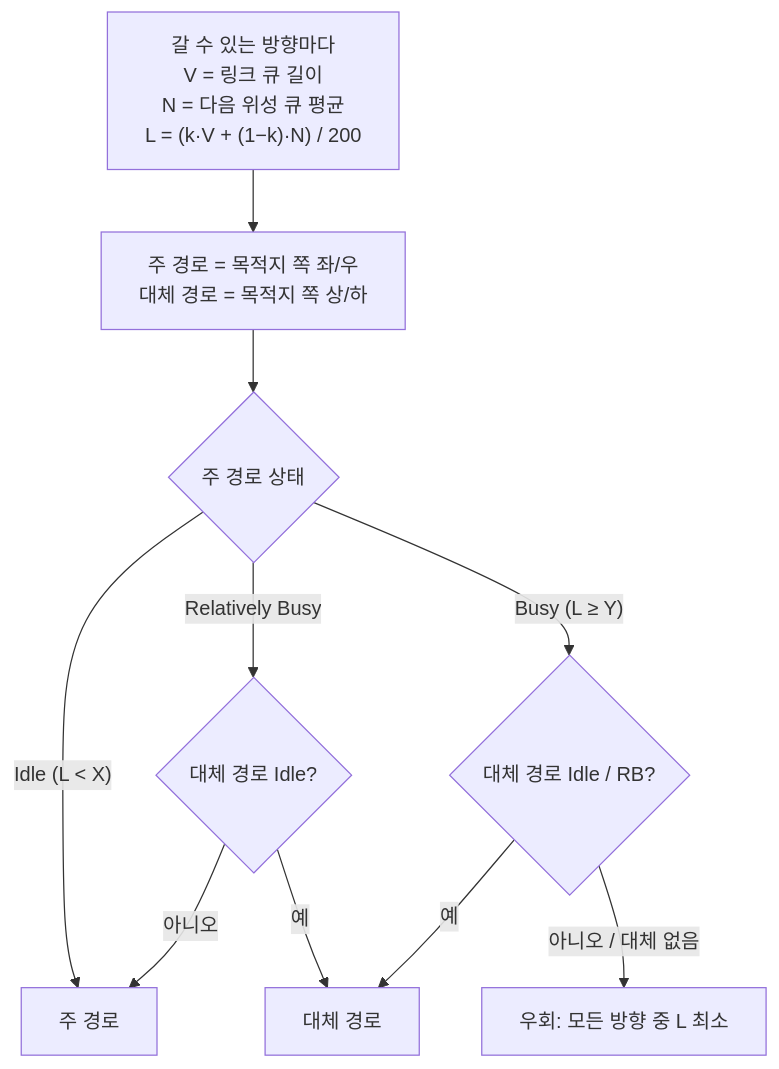
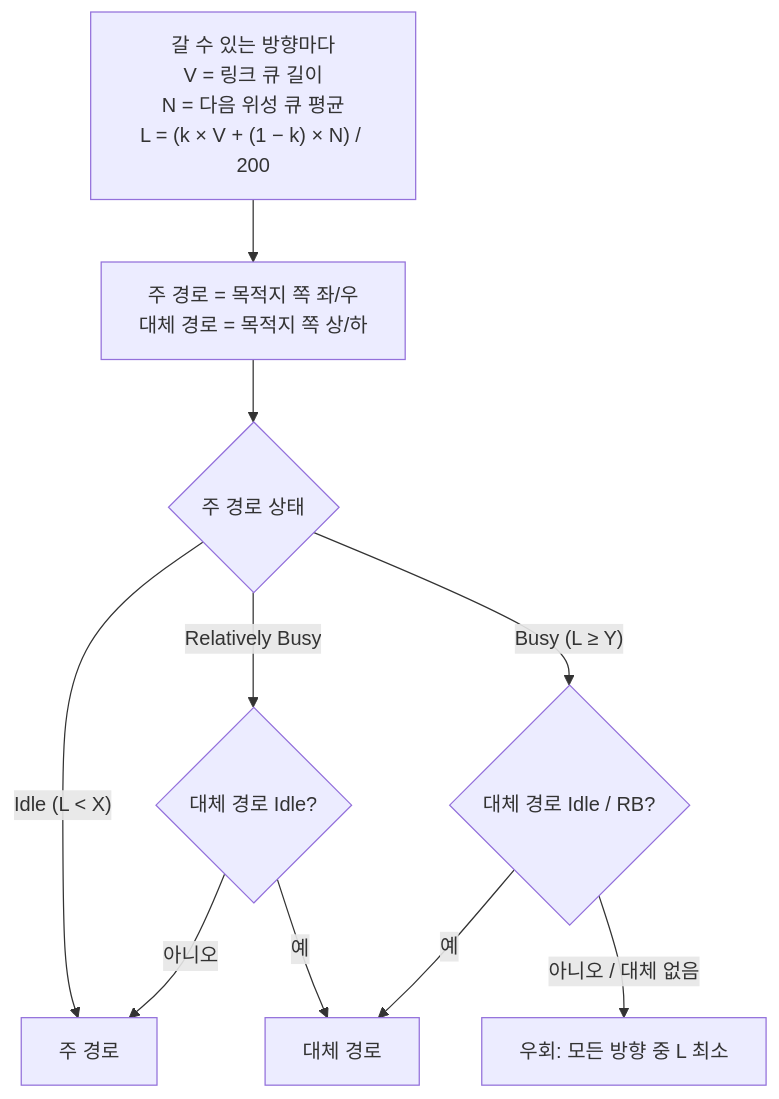
Before and after one commit to 26-2-capstone2/26-2capstone2: the third of 3 diagrams in flow.md, drawn with Mermaid. The commit also changed other lines of this file and 19 other files, not shown here.

````diff
--- a/flow.md
+++ b/flow.md
@@ -157,12 +166,12 @@
 ```mermaid
 flowchart TD
-    A["갈 수 있는 방향마다<br/>V = 링크 큐 길이<br/>N = 다음 위성 큐 평균<br/>L = (k·V + (1−k)·N) / 200"] --> B["주 경로 = 목적지 쪽 좌/우<br/>대체 경로 = 목적지 쪽 상/하"]
+    A["갈 수 있는 방향마다<br/>V = 링크 큐 길이<br/>N = 다음 위성 큐 평균<br/>L = (k × V + (1 − k) × N) / 200"] --> B["주 경로 = 목적지 쪽 좌/우<br/>대체 경로 = 목적지 쪽 상/하"]
     B --> C{"주 경로 상태"}
     C -- "Idle (L < X)" --> P1["주 경로"]
     C -- "Relatively Busy" --> D{"대체 경로 Idle?"}
     D -- "예" --> P2["대체 경로"]
     D -- "아니오" --> P1
     C -- "Busy (L ≥ Y)" --> E{"대체 경로 Idle / RB?"}
     E -- "예" --> P2
     E -- "아니오 / 대체 없음" --> P3["우회: 모든 방향 중 L 최소"]
 ```
````
